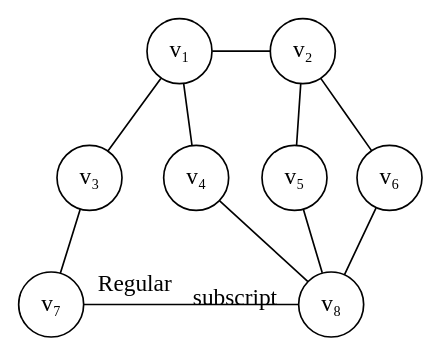
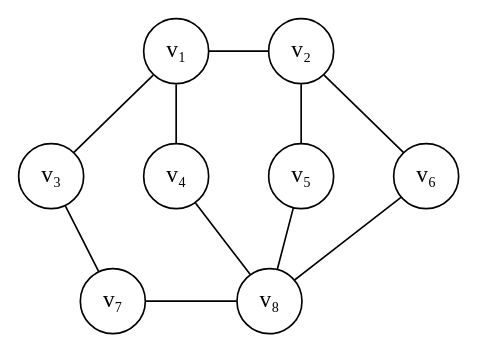
One commit to StefanZander/lecture_notes changed diagram 11 of 27 in kg/lecture/marp/mathematics.md. Above: the diagram before and after it, drawn with Graphviz. The commit also changed other lines of this file and 1 other file, not shown here.

````diff
--- a/kg/lecture/marp/mathematics.md
+++ b/kg/lecture/marp/mathematics.md
@@ -271,26 +271,27 @@
 ```graphviz
 graph G {
-     node [shape=circle];
+    node [shape=circle];
+    nodesep=.5;
     {rank=same; 1; 2;};
     {rank=same; 3; 4; 5; 6;};
     {rank=same; 7; 8;};
     1 [label="v&#x2081;"];
     2 [label="v&#x2082;"];
     3 [label="v&#x2083;"];
     4 [label="v&#x2084;"];
     5 [label="v&#x2085;"];
     6 [label="v&#x2086;"];
     7 [label="v&#x2087;"];
     8 [label="v&#x2088;"];
     1 -- 2;
     1 -- 3;
     1 -- 4;
     2 -- 5;
     2 -- 6;
     3 -- 7;
     4 -- 8;
     5 -- 8;
     6 -- 8;
-    7 -- 8 [label=<Regular<SUB>subscript</SUB>>];
+    7 -- 8; // [label=<Regular<SUB>subscript</SUB>>];
 }
 ```
````
